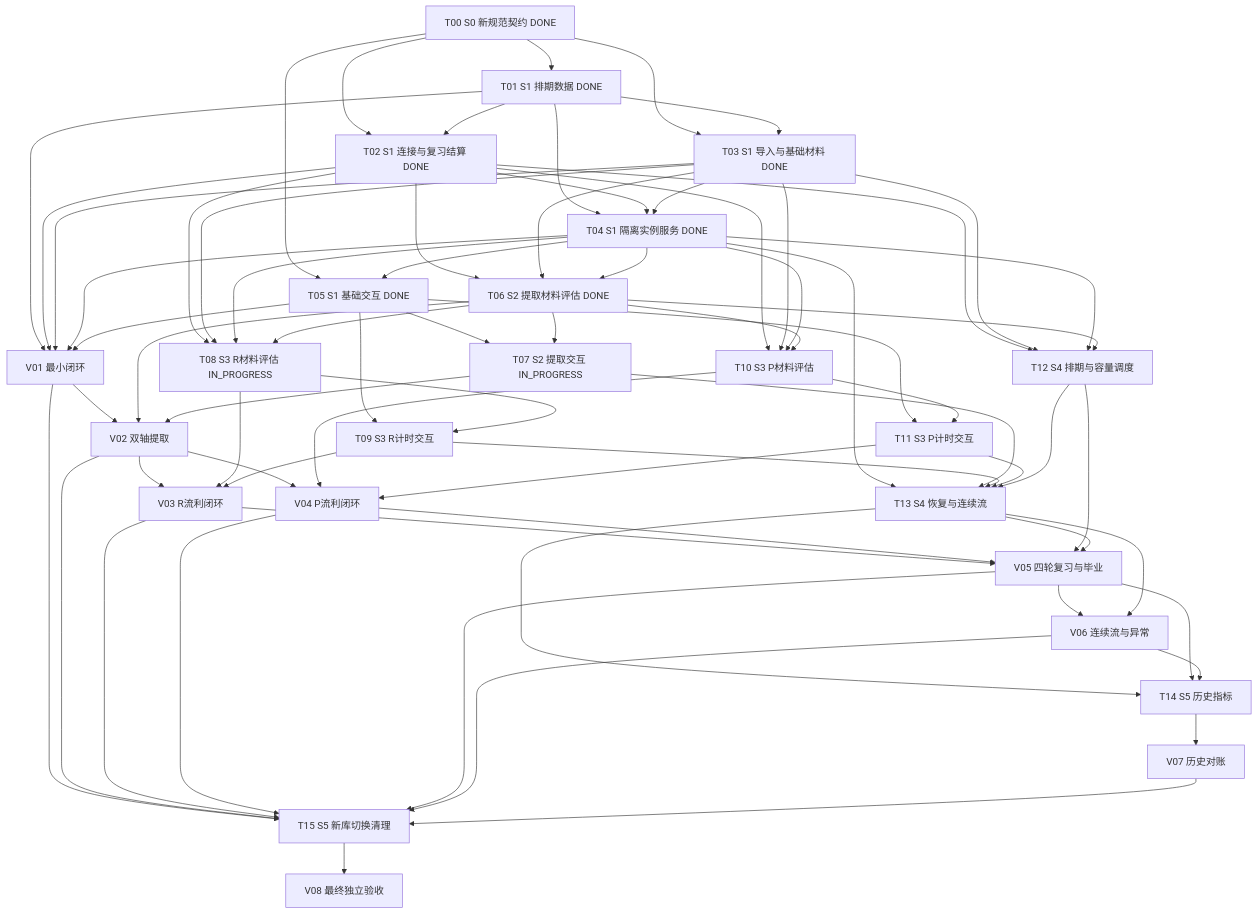
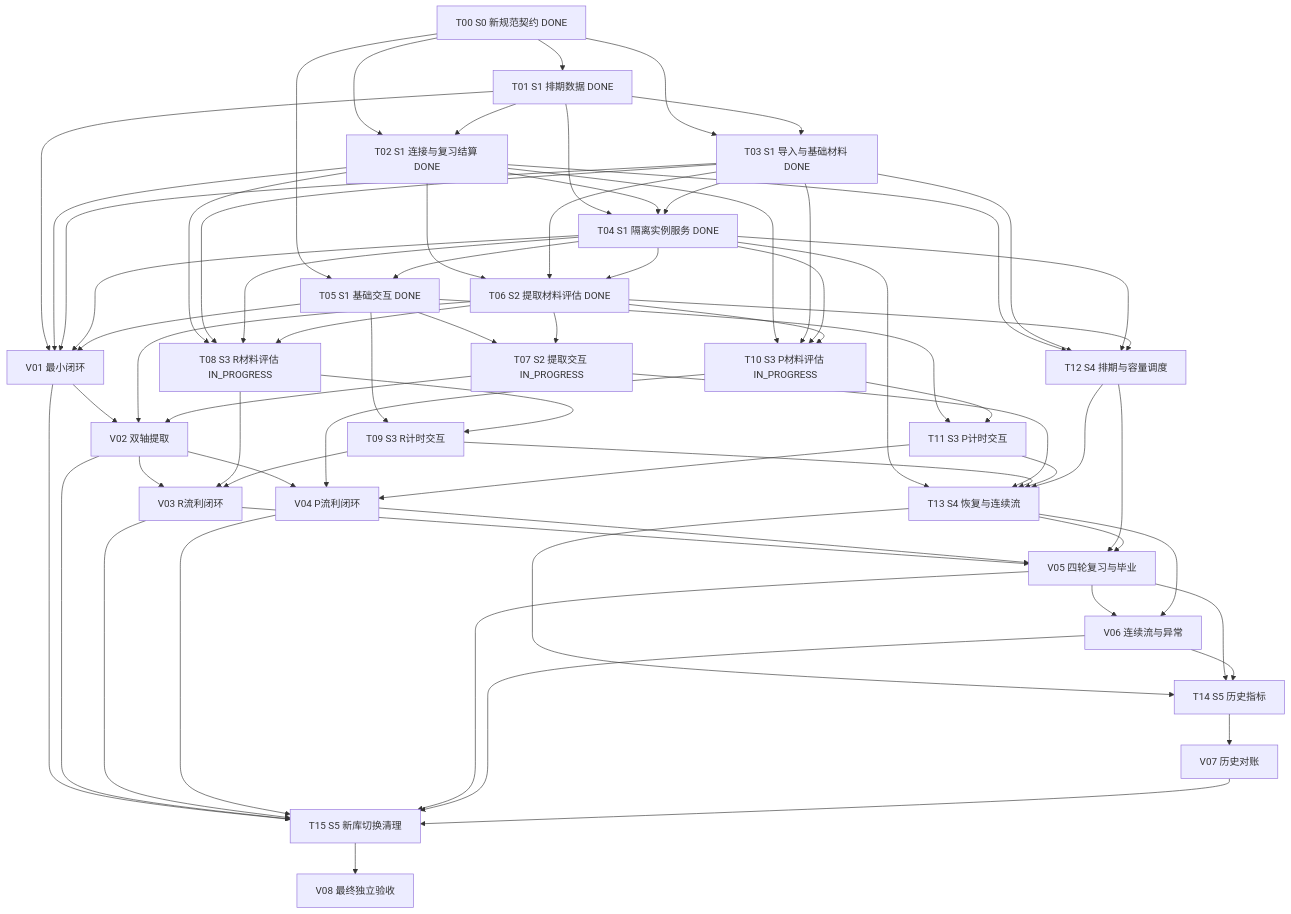
The diagram in docs/task-implementation-new-algorithm.md (logact/flow), drawn with Mermaid before and after one commit. The commit also changed other lines of this file and 1 other file, not shown here.

```diff
--- a/docs/task-implementation-new-algorithm.md
+++ b/docs/task-implementation-new-algorithm.md
@@ -345,7 +346,7 @@
   V02["V02 双轴提取"]
   T08["T08 S3 R材料评估 IN_PROGRESS"]
   T09["T09 S3 R计时交互"]
-  T10["T10 S3 P材料评估"]
+  T10["T10 S3 P材料评估 IN_PROGRESS"]
   T11["T11 S3 P计时交互"]
   V03["V03 R流利闭环"]
   V04["V04 P流利闭环"]
```
